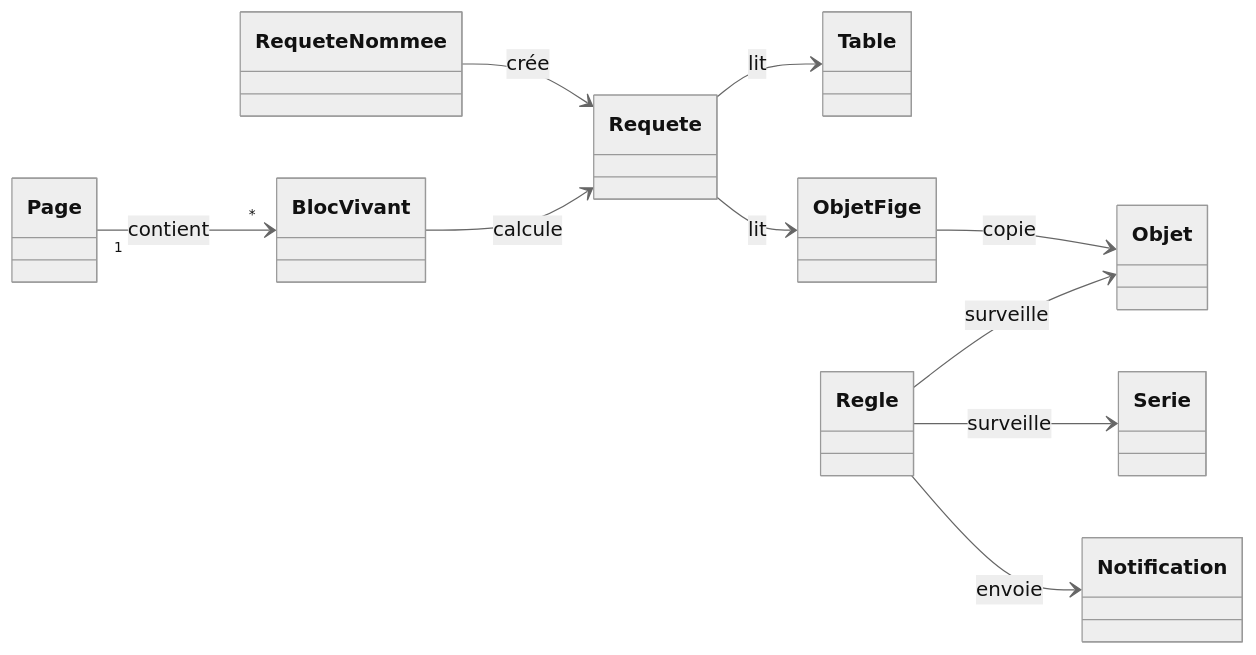
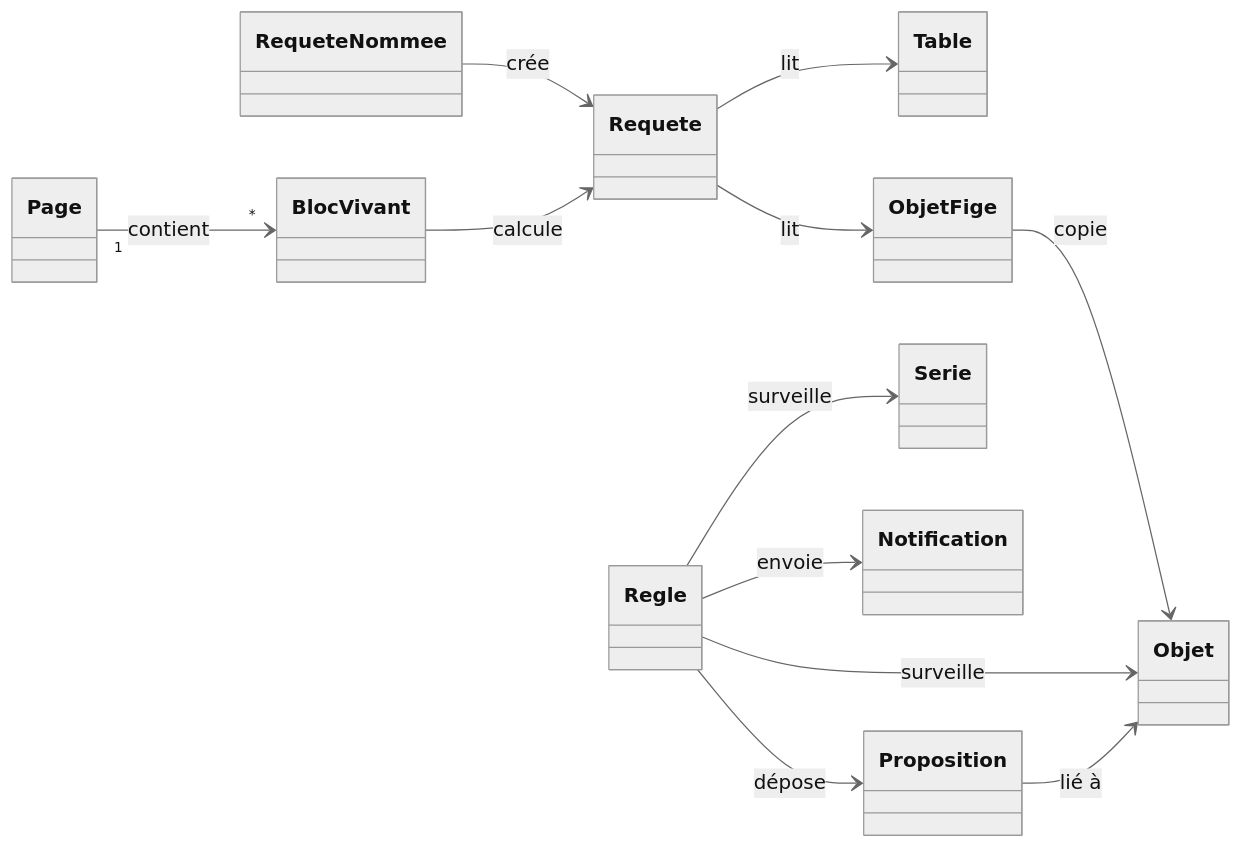
The first of 5 diagrams in docs/architecture/analysis.md (Pnex/pnex-rs), drawn with Mermaid (neutral theme) before and after one commit. The commit also changed other lines of this file and 15 other files, not shown here.

````diff
--- a/docs/architecture/analysis.md
+++ b/docs/architecture/analysis.md
@@ -24,13 +26,15 @@
 ```mermaid
 classDiagram
   direction LR
   Requete --> Table : lit
   Requete --> ObjetFige : lit
   ObjetFige --> Objet : copie
   RequeteNommee --> Requete : crée
   Regle --> Objet : surveille
   Regle --> Serie : surveille
   Regle --> Notification : envoie
+  Regle --> Proposition : dépose
+  Proposition --> Objet : lié à
   BlocVivant --> Requete : calcule
   Page "1" --> "*" BlocVivant : contient
 ```
````
